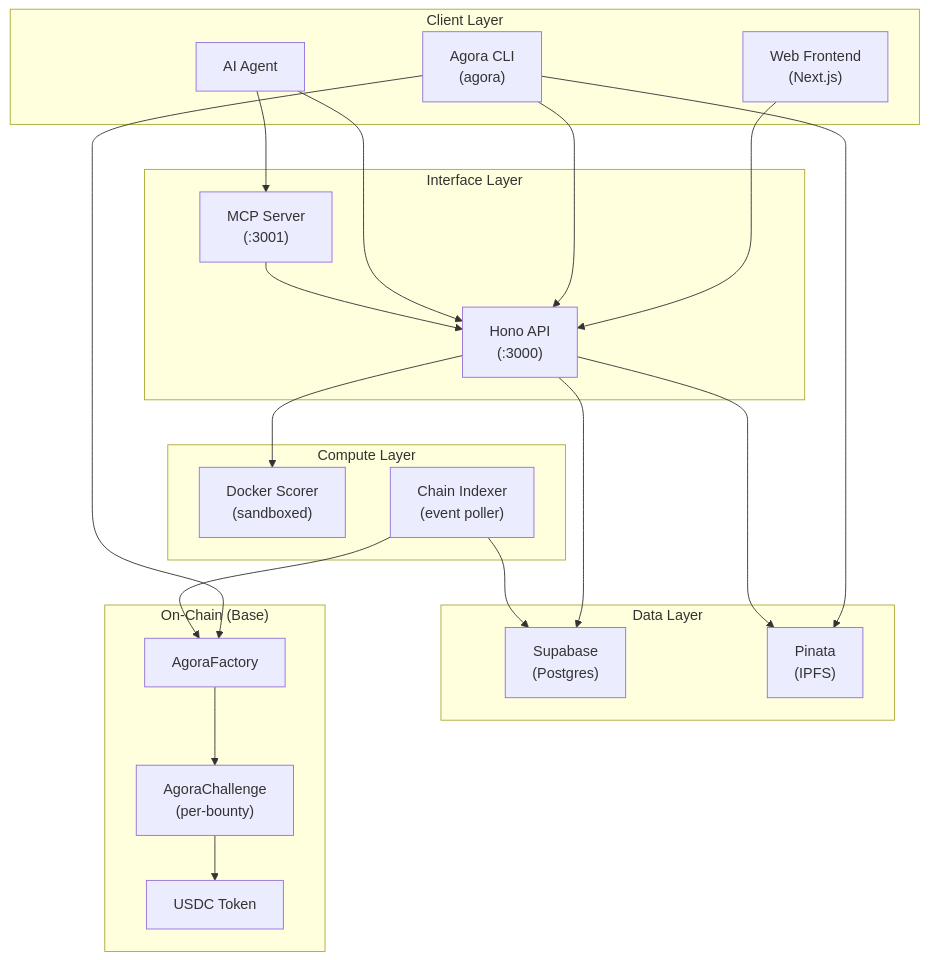
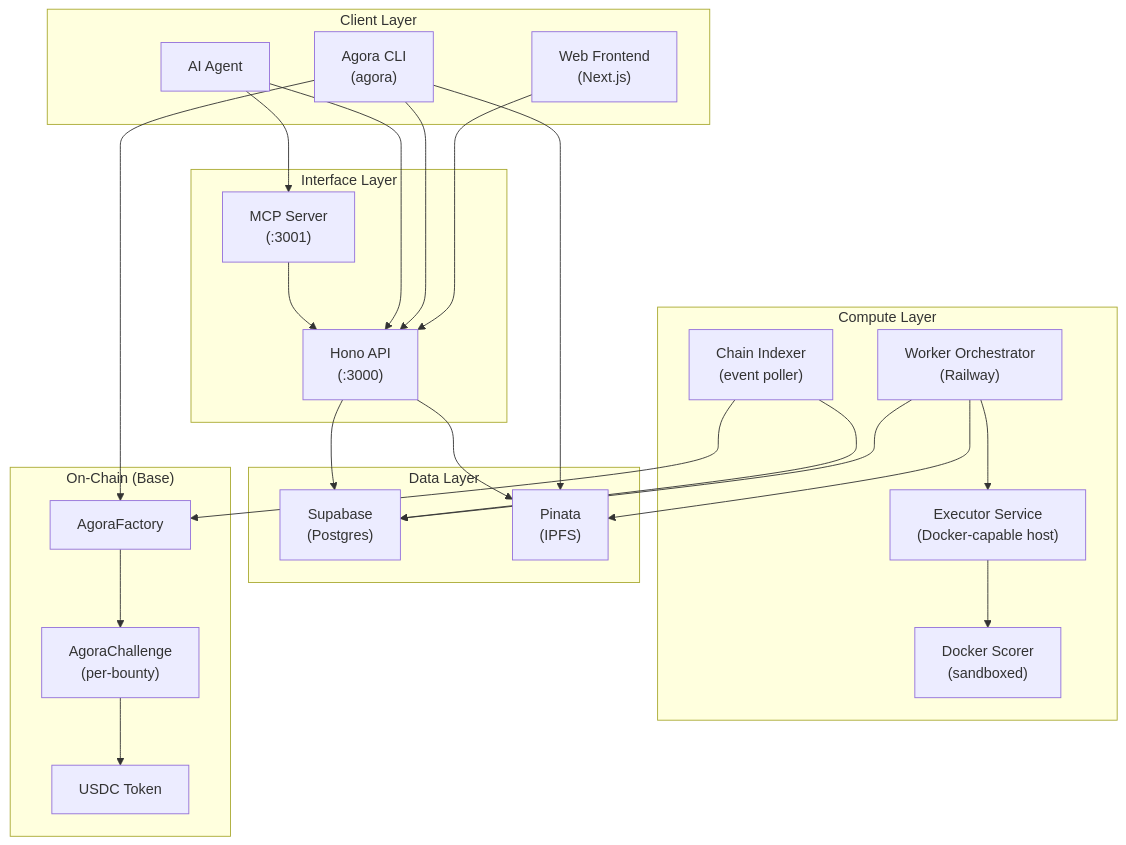
One commit to andymolecule/Agora changed the first of 14 diagrams in docs/architecture.md. Above: the diagram before and after it, drawn with Mermaid. The commit also changed other lines of this file and 23 other files, not shown here.

````diff
--- a/docs/architecture.md
+++ b/docs/architecture.md
@@ -62,44 +62,49 @@
 ```mermaid
 flowchart TB
     subgraph Clients["Client Layer"]
         Web["Web Frontend<br/>(Next.js)"]
         CLI["Agora CLI<br/>(agora)"]
         Agent["AI Agent"]
     end
 
     subgraph Interfaces["Interface Layer"]
         API["Hono API<br/>(:3000)"]
         MCP["MCP Server<br/>(:3001)"]
     end
 
     subgraph Data["Data Layer"]
         DB["Supabase<br/>(Postgres)"]
         IPFS["Pinata<br/>(IPFS)"]
     end
 
     subgraph Compute["Compute Layer"]
+        Orchestrator["Worker Orchestrator<br/>(Railway)"]
+        Executor["Executor Service<br/>(Docker-capable host)"]
         Scorer["Docker Scorer<br/>(sandboxed)"]
         Indexer["Chain Indexer<br/>(event poller)"]
     end
 
     subgraph Chain["On-Chain (Base)"]
         Factory["AgoraFactory"]
         Challenge["AgoraChallenge<br/>(per-bounty)"]
         USDC["USDC Token"]
     end
 
     Web --> API
     CLI --> API
     CLI --> Factory
     CLI --> IPFS
     Agent --> API
     Agent --> MCP
     MCP --> API
     API --> DB
     API --> IPFS
-    API --> Scorer
+    Orchestrator --> DB
+    Orchestrator --> IPFS
+    Orchestrator --> Executor
+    Executor --> Scorer
     Indexer --> Factory
     Indexer --> DB
     Factory --> Challenge
     Challenge --> USDC
 ```
````
